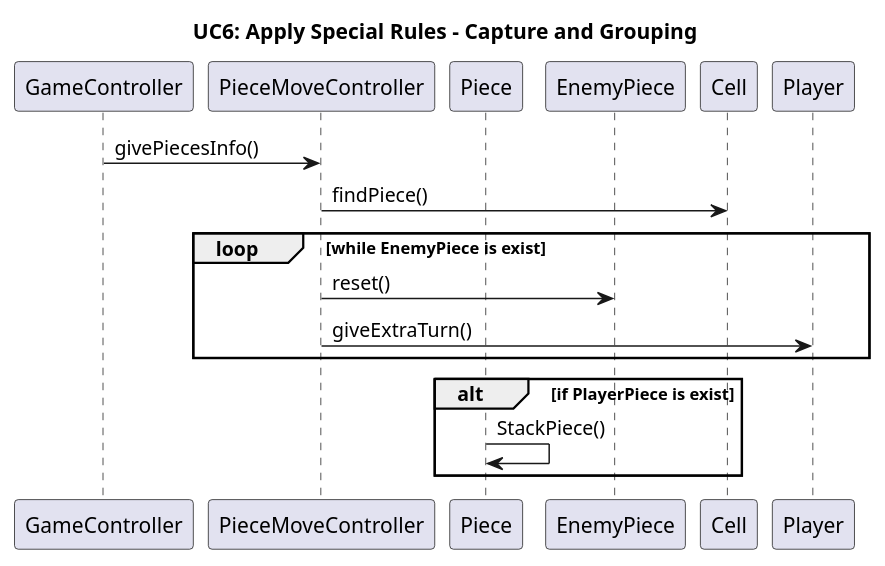
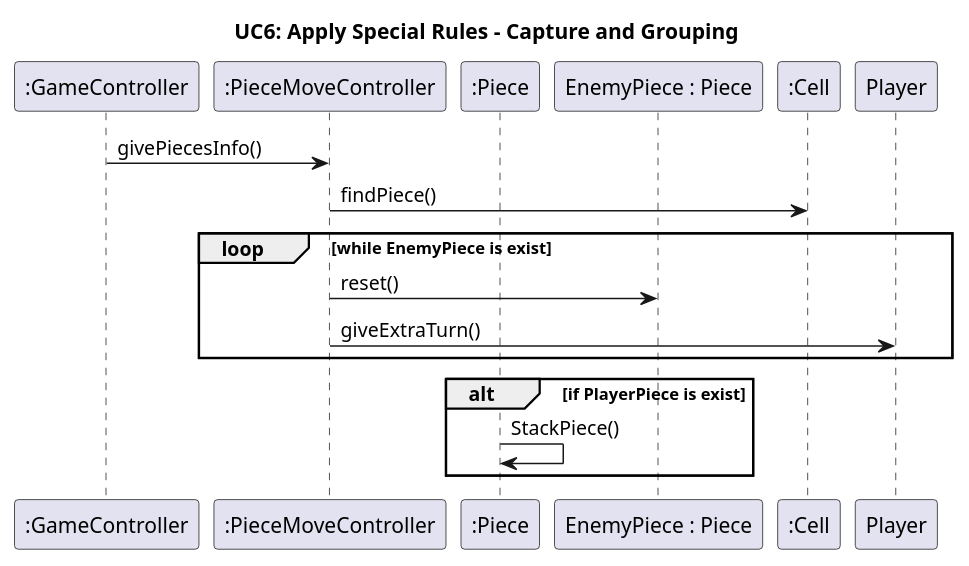
Before and after one commit to jack0928/SE-Term-Project-2025: the diagram in UC6.puml, drawn with PlantUML. The commit also changed 11 other files, not shown here.

Commit message:
docs: sequence diagram minor changed fixed and annotations have been added

```diff
--- a/UC6.puml
+++ b/UC6.puml
@@ -1,24 +1,24 @@
 @startuml
 title UC6: Apply Special Rules - Capture and Grouping
 
-participant GameController
-participant PieceMoveController
-participant Piece
-participant EnemyPiece
-participant Cell
+participant ":GameController" as GameController
+participant ":PieceMoveController" as PieceMoveController
+participant ":Piece" as Piece
+participant "EnemyPiece : Piece" as EnemyPiece
+participant ":Cell" as Cell
 
 	GameController -> PieceMoveController: givePiecesInfo()
 	PieceMoveController -> Cell : findPiece()
 
 	loop while EnemyPiece is exist
 		PieceMoveController -> EnemyPiece : reset()
 		PieceMoveController -> Player : giveExtraTurn()
 	end
 
 	alt if PlayerPiece is exist
     	Piece -> Piece : StackPiece()
     end
 
 
 
 @enduml
```
